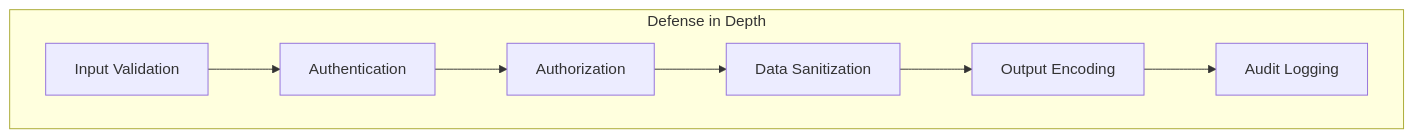
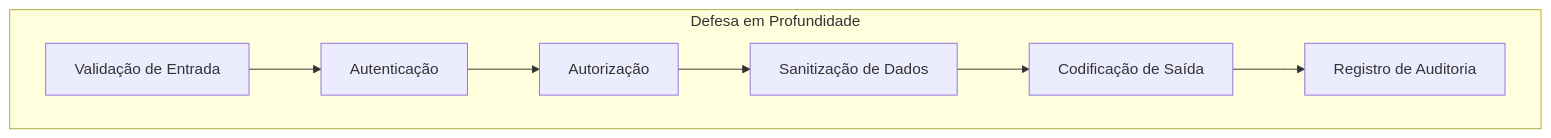
The diagram in apps/docs-27/src/content/docs/pt/core-concepts/security/guidelines.md (mambax7/xoops-docs), drawn with Mermaid before and after one commit. The commit also changed other lines of this file and 162 other files, not shown here.

````diff
--- a/apps/docs-27/src/content/docs/pt/core-concepts/security/guidelines.md
+++ b/apps/docs-27/src/content/docs/pt/core-concepts/security/guidelines.md
@@ -11,10 +11,10 @@
 ```mermaid
 flowchart TB
-    subgraph "Defense in Depth"
-        A[Input Validation] --> B[Authentication]
-        B --> C[Authorization]
-        C --> D[Data Sanitization]
-        D --> E[Output Encoding]
-        E --> F[Audit Logging]
+    subgraph "Defesa em Profundidade"
+        A[Validação de Entrada] --> B[Autenticação]
+        B --> C[Autorização]
+        C --> D[Sanitização de Dados]
+        D --> E[Codificação de Saída]
+        E --> F[Registro de Auditoria]
     end
 ```
````
